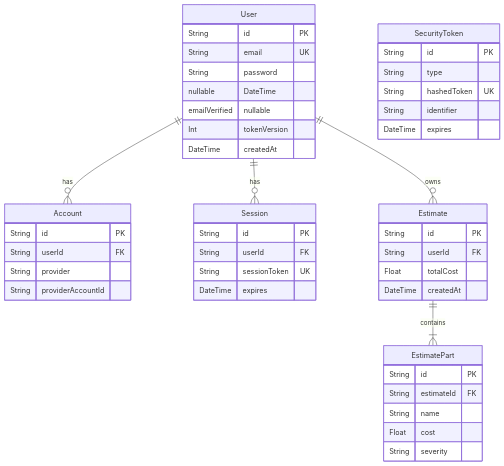
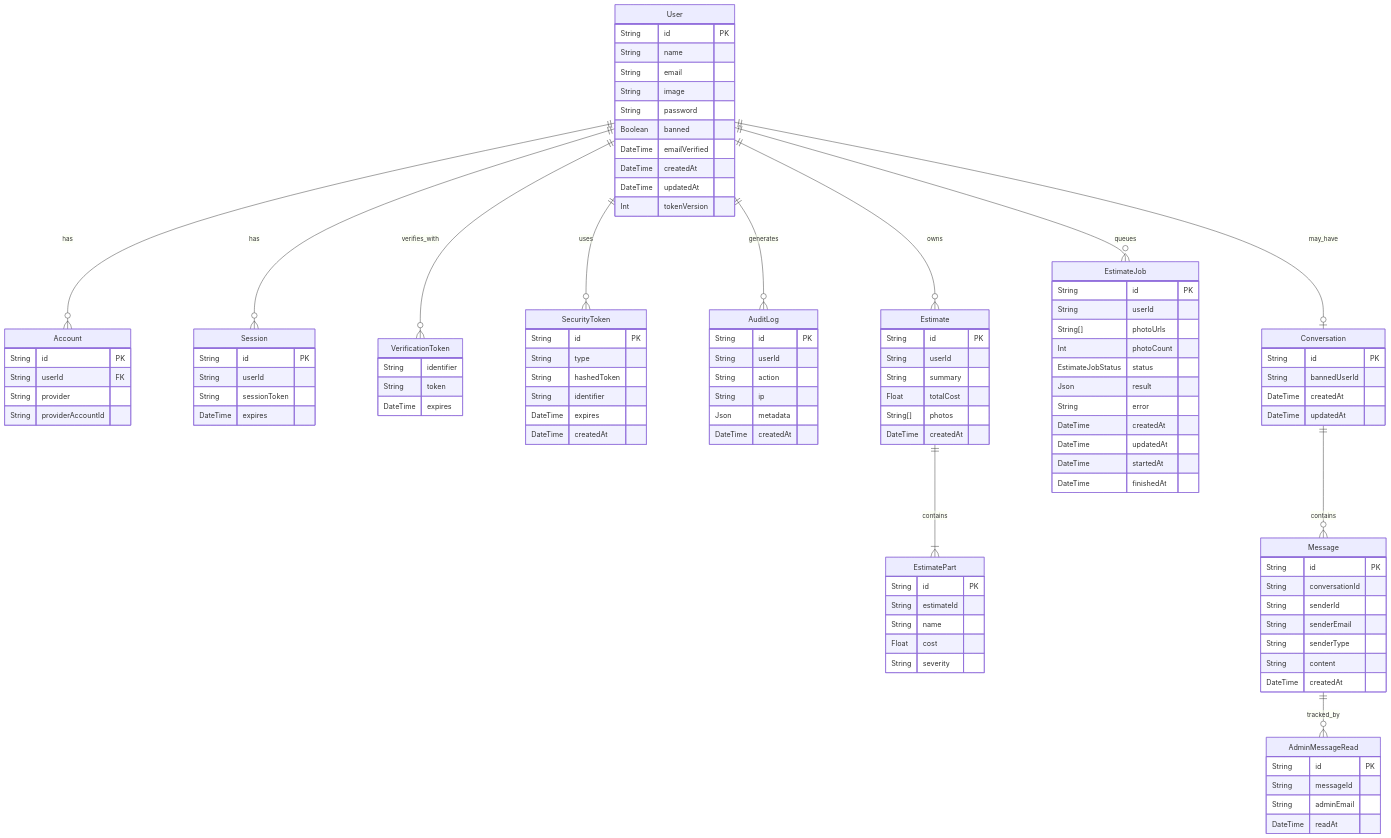
Before and after one commit to Rounatto/InsureVisionApp: the diagram in diagrams/code/database-schema.mmd, drawn with Mermaid. The commit also changed 18 other files, not shown here.

Commit message:
update diagrams

```diff
--- a/diagrams/code/database-schema.mmd
+++ b/diagrams/code/database-schema.mmd
@@ -1,51 +1,118 @@
 erDiagram
     User {
         String id PK
-        String email UK
-        String password nullable
-        DateTime emailVerified nullable
+        String name
+        String email
+        String image
+        String password
+        Boolean banned
+        DateTime emailVerified
+        DateTime createdAt
+        DateTime updatedAt
         Int tokenVersion
-        DateTime createdAt
     }
 
     Account {
         String id PK
         String userId FK
         String provider
         String providerAccountId
     }
 
     Session {
         String id PK
-        String userId FK
-        String sessionToken UK
+        String userId
+        String sessionToken
+        DateTime expires
+    }
+
+    VerificationToken {
+        String identifier
+        String token
         DateTime expires
     }
 
     SecurityToken {
         String id PK
         String type
-        String hashedToken UK
+        String hashedToken
         String identifier
         DateTime expires
+        DateTime createdAt
+    }
+
+    AuditLog {
+        String id PK
+        String userId
+        String action
+        String ip
+        Json metadata
+        DateTime createdAt
     }
 
     Estimate {
         String id PK
-        String userId FK
+        String userId
+        String summary
         Float totalCost
+        String[] photos
         DateTime createdAt
+    }
+
+    EstimateJob {
+        String id PK
+        String userId
+        String[] photoUrls
+        Int photoCount
+        EstimateJobStatus status
+        Json result
+        String error
+        DateTime createdAt
+        DateTime updatedAt
+        DateTime startedAt
+        DateTime finishedAt
     }
 
     EstimatePart {
         String id PK
-        String estimateId FK
+        String estimateId
         String name
         Float cost
         String severity
     }
 
+    Conversation {
+        String id PK
+        String bannedUserId
+        DateTime createdAt
+        DateTime updatedAt
+    }
+
+    Message {
+        String id PK
+        String conversationId
+        String senderId
+        String senderEmail
+        String senderType
+        String content
+        DateTime createdAt
+    }
+
+    AdminMessageRead {
+        String id PK
+        String messageId
+        String adminEmail
+        DateTime readAt
+    }
+
     User ||--o{ Account : has
     User ||--o{ Session : has
+    User ||--o{ VerificationToken : verifies_with
+    User ||--o{ SecurityToken : uses
+    User ||--o{ AuditLog : generates
     User ||--o{ Estimate : owns
+    User ||--o{ EstimateJob : queues
+    User ||--o| Conversation : may_have
     Estimate ||--|{ EstimatePart : contains
+    Conversation ||--o{ Message : contains
+    Message ||--o{ AdminMessageRead : tracked_by
```
